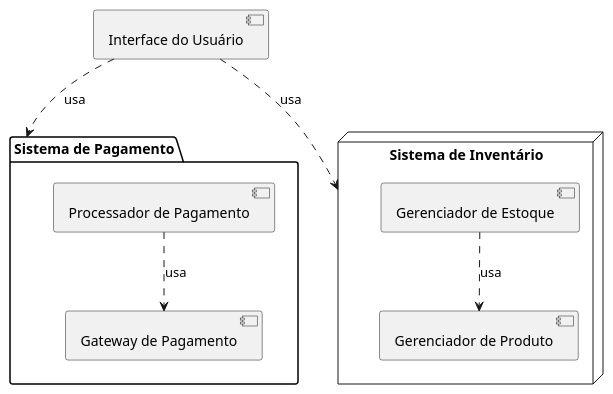
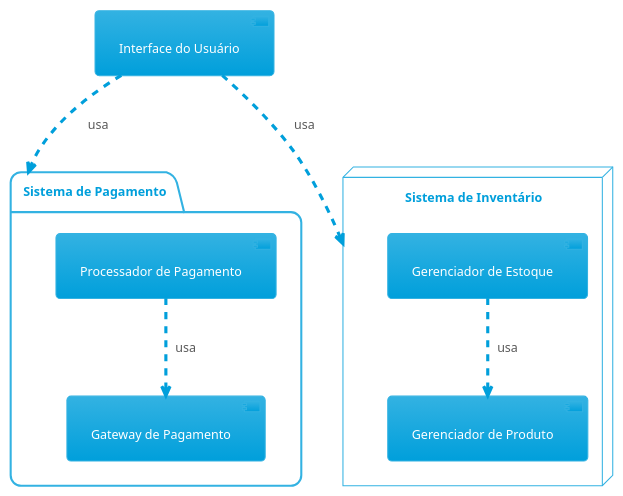
One commit to LeonardoVieiraGuimaraes/OrientacaoObjetos changed the diagram in UML/DiagramasEstruturais/Componentes.puml. Above: the diagram before and after it, drawn with PlantUML. The commit also changed 14 other files, not shown here.

```diff
--- a/UML/DiagramasEstruturais/Componentes.puml
+++ b/UML/DiagramasEstruturais/Componentes.puml
@@ -1,18 +1,19 @@
-@startuml
+@startuml SistemaPagamento
+!theme bluegray
 package "Sistema de Pagamento" {
     [Processador de Pagamento]
     [Gateway de Pagamento]
 }
 
 node "Sistema de Inventário" {
     [Gerenciador de Estoque]
     [Gerenciador de Produto]
 }
 
 [Interface do Usuário]
 
 [Processador de Pagamento] ..> [Gateway de Pagamento] : usa
 [Gerenciador de Estoque] ..> [Gerenciador de Produto] : usa
 [Interface do Usuário] ..> [Sistema de Pagamento] : usa
 [Interface do Usuário] ..> [Sistema de Inventário] : usa
 @enduml
```
